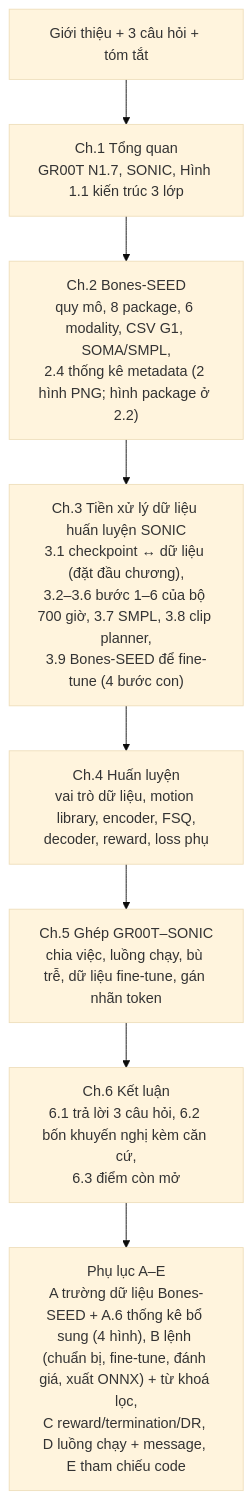
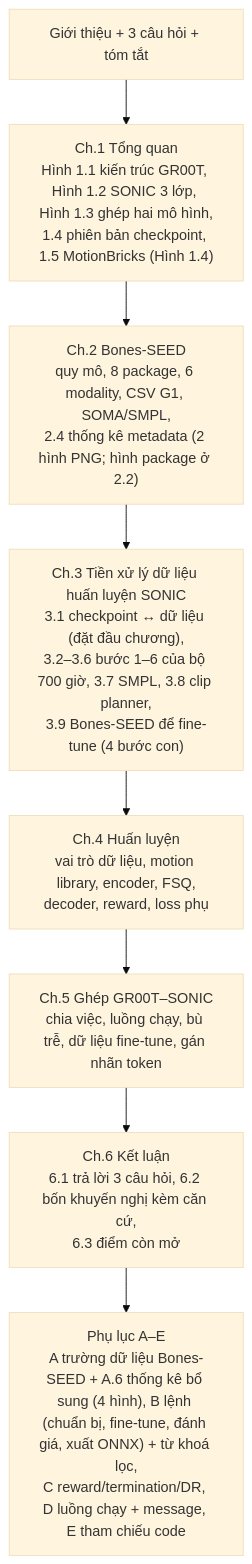
Before and after one commit to ThanhHungtaptanhhocpython/GEAR-SONIC-GR00T-N1.7: the diagram in report/MEMO_REPORT.md, drawn with Mermaid (base theme). The commit also changed other lines of this file and 68 other files, not shown here.

First line of the commit message:
docs(report): add MotionBricks, PPO and reward sections, TikZ slide deck and SONIC checkpoint notes

````diff
--- a/report/MEMO_REPORT.md
+++ b/report/MEMO_REPORT.md
@@ -44,12 +45,12 @@
 ```mermaid
 flowchart TB
     I["Giới thiệu + 3 câu hỏi + tóm tắt"]
-    C1["Ch.1 Tổng quan<br/>GR00T N1.7, SONIC, Hình 1.1 kiến trúc 3 lớp"]
+    C1["Ch.1 Tổng quan<br/>Hình 1.1 kiến trúc GR00T, Hình 1.2 SONIC 3 lớp, Hình 1.3 ghép hai mô hình,<br/>1.4 phiên bản checkpoint, 1.5 MotionBricks (Hình 1.4)"]
     C2["Ch.2 Bones-SEED<br/>quy mô, 8 package, 6 modality, CSV G1, SOMA/SMPL,<br/>2.4 thống kê metadata (2 hình PNG; hình package ở 2.2)"]
     C3["Ch.3 Tiền xử lý dữ liệu huấn luyện SONIC<br/>3.1 checkpoint ↔ dữ liệu (đặt đầu chương),<br/>3.2–3.6 bước 1–6 của bộ 700 giờ, 3.7 SMPL, 3.8 clip planner,<br/>3.9 Bones-SEED để fine-tune (4 bước con)"]
     C4["Ch.4 Huấn luyện<br/>vai trò dữ liệu, motion library, encoder, FSQ,<br/>decoder, reward, loss phụ"]
     C5["Ch.5 Ghép GR00T–SONIC<br/>chia việc, luồng chạy, bù trễ, dữ liệu fine-tune, gán nhãn token"]
     C6["Ch.6 Kết luận<br/>6.1 trả lời 3 câu hỏi, 6.2 bốn khuyến nghị kèm căn cứ,<br/>6.3 điểm còn mở"]
     AP["Phụ lục A–E<br/>A trường dữ liệu Bones-SEED + A.6 thống kê bổ sung (4 hình), B lệnh (chuẩn bị, fine-tune, đánh giá, xuất ONNX) + từ khoá lọc,<br/>C reward/termination/DR, D luồng chạy + message, E tham chiếu code"]
     I --> C1 --> C2 --> C3 --> C4 --> C5 --> C6 --> AP
 ```
````
